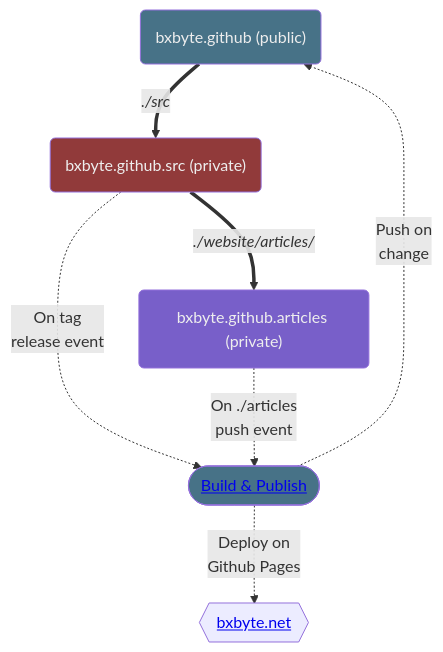
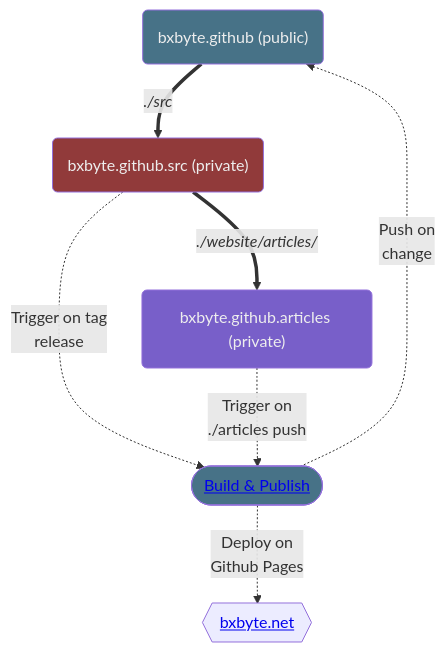
One commit to bxbyte/bxbyte.github.io changed the diagram in README.md. Above: the diagram before and after it, drawn with Mermaid.

Commit message:
Upd docs

````diff
--- a/README.md
+++ b/README.md
@@ -10,24 +10,24 @@
 ```mermaid
 graph TD
     classDef publicRepo fill:#477287,color:#eee;
     classDef sourceRepo fill:#913a3a,color:#eee;
     classDef articlesRepo fill:#785fc9,color:#eee;
 
     public("bxbyte.github (public)"):::publicRepo
     src("bxbyte.github.src (private)"):::sourceRepo
     articles("bxbyte.github.articles (private)"):::articlesRepo
 
     action([<a href="https://github.com/bxbyte/bxbyte.github.io/blob/main/.github/actions/publish.yml">Build & Publish</a>]):::publicRepo
 
     website{{<a href="https://bxbyte.net">bxbyte.net</a>}}
 
     public  == "`*./src*`" ==> src
     src  == "`*./website/articles/*`" ==> articles
 
-    src  -. On tag \n release event .-> action
-    articles -. "On ./articles \n push event" .-> action
+    src  -. Trigger on tag \n release .-> action
+    articles -. "Trigger on  \n ./articles push" .-> action
 
     action -. Push on \n change .-> public
 
     action -. Deploy on \n Github Pages .-> website
 ```
````
